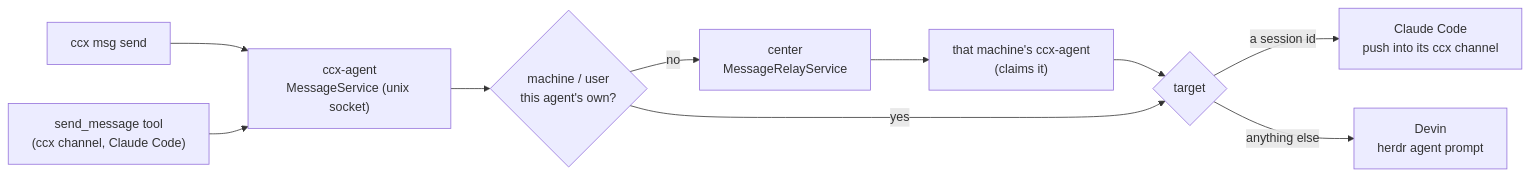
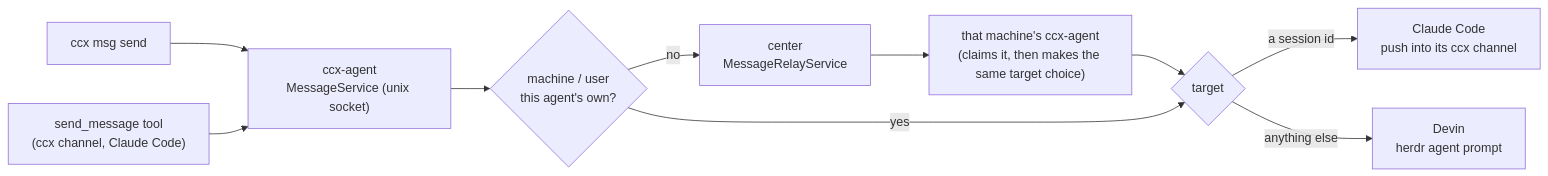
One commit to TakashiAihara/ccx changed the first of 4 diagrams in docs/design/messaging.md. Above: the diagram before and after it, drawn with Mermaid. The commit also changed other lines of this file and 6 other files, not shown here.

````diff
--- a/docs/design/messaging.md
+++ b/docs/design/messaging.md
@@ -7,10 +7,10 @@
 ```mermaid
 flowchart LR
     CLI["ccx msg send"] --> A
     TOOL["send_message tool<br/>(ccx channel, Claude Code)"] --> A
     A["ccx-agent<br/>MessageService (unix socket)"] --> M{"machine / user<br/>this agent's own?"}
-    M -- no --> CEN["center<br/>MessageRelayService"] --> B["that machine's ccx-agent<br/>(claims it)"] --> T
+    M -- no --> CEN["center<br/>MessageRelayService"] --> B["that machine's ccx-agent<br/>(claims it, then makes the same target choice)"] --> T
     M -- yes --> T{"target"}
     T -- "a session id" --> CL["Claude Code<br/>push into its ccx channel"]
     T -- "anything else" --> DV["Devin<br/>herdr agent prompt"]
 ```
````
